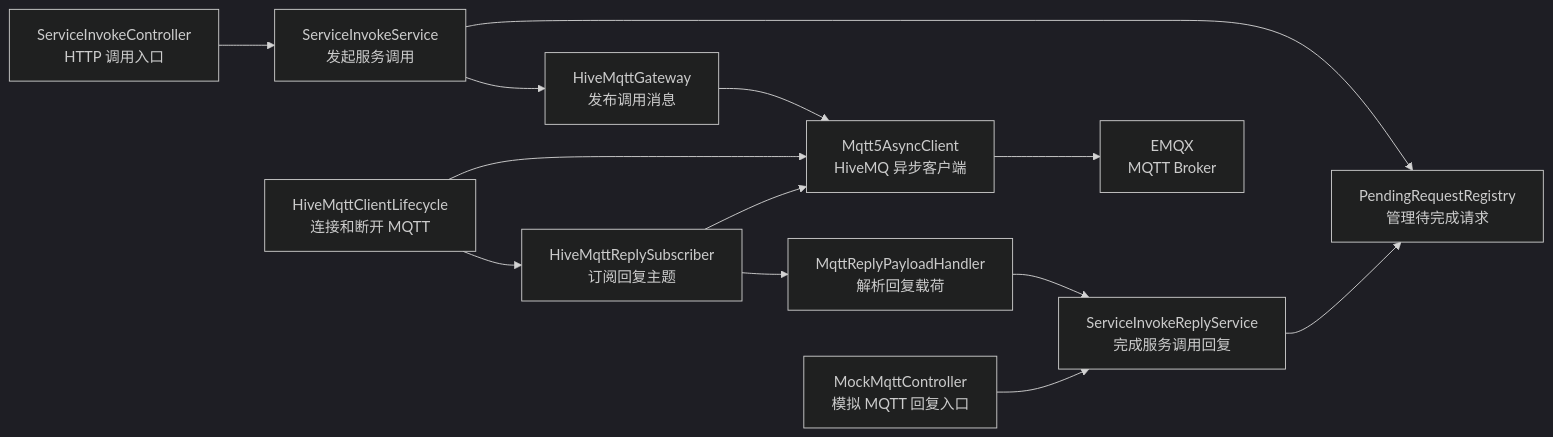
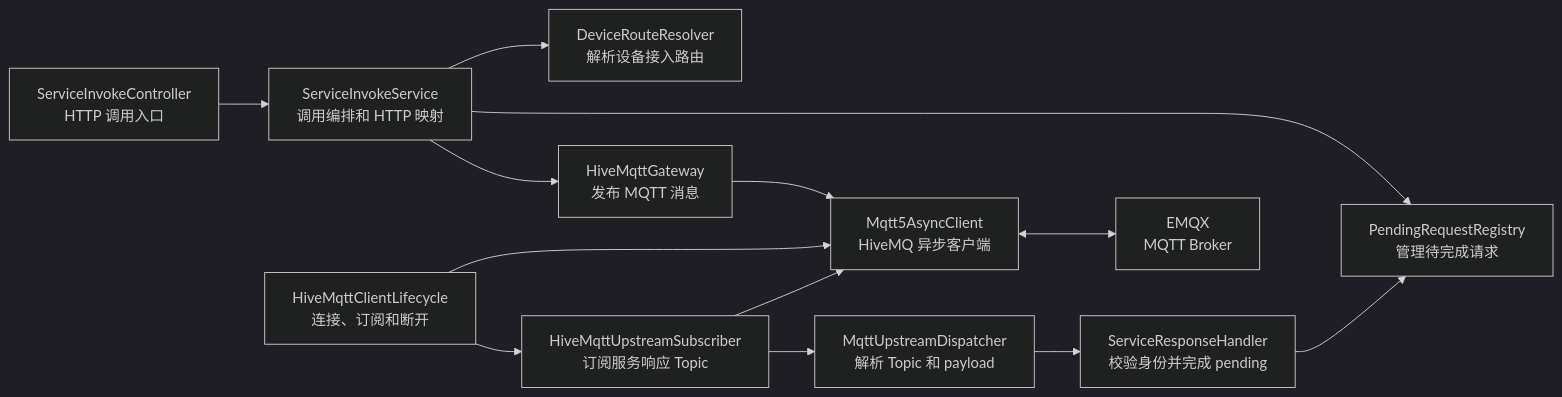
The first of 2 diagrams in project/iot/doc/服务调用-上报-类关系图.md (CodingSoldier/java-learn), drawn with Mermaid (dark theme) before and after one commit. The commit also changed other lines of this file and 44 other files, not shown here.

````diff
--- a/project/iot/doc/服务调用-上报-类关系图.md
+++ b/project/iot/doc/服务调用-上报-类关系图.md
@@ -7,30 +7,28 @@
 ```mermaid
 flowchart LR
     controller["ServiceInvokeController<br/>HTTP 调用入口"]
-    invokeService["ServiceInvokeService<br/>发起服务调用"]
+    invokeService["ServiceInvokeService<br/>调用编排和 HTTP 映射"]
+    routeResolver["DeviceRouteResolver<br/>解析设备接入路由"]
     registry["PendingRequestRegistry<br/>管理待完成请求"]
-    gateway["HiveMqttGateway<br/>发布调用消息"]
+    gateway["HiveMqttGateway<br/>发布 MQTT 消息"]
 
-    lifecycle["HiveMqttClientLifecycle<br/>连接和断开 MQTT"]
-    subscriber["HiveMqttReplySubscriber<br/>订阅回复主题"]
-    payloadHandler["MqttReplyPayloadHandler<br/>解析回复载荷"]
-    replyService["ServiceInvokeReplyService<br/>完成服务调用回复"]
-    mockController["MockMqttController<br/>模拟 MQTT 回复入口"]
-
+    lifecycle["HiveMqttClientLifecycle<br/>连接、订阅和断开"]
+    subscriber["HiveMqttUpstreamSubscriber<br/>订阅服务响应 Topic"]
+    dispatcher["MqttUpstreamDispatcher<br/>解析 Topic 和 payload"]
+    responseHandler["ServiceResponseHandler<br/>校验身份并完成 pending"]
     mqttClient["Mqtt5AsyncClient<br/>HiveMQ 异步客户端"]
     emqx["EMQX<br/>MQTT Broker"]
 
     controller --> invokeService
+    invokeService --> routeResolver
     invokeService --> registry
     invokeService --> gateway
     gateway --> mqttClient
-    mqttClient --> emqx
-
     lifecycle --> mqttClient
     lifecycle --> subscriber
     subscriber --> mqttClient
-    subscriber --> payloadHandler
-    payloadHandler --> replyService
-    replyService --> registry
-    mockController --> replyService
+    subscriber --> dispatcher
+    dispatcher --> responseHandler
+    responseHandler --> registry
+    mqttClient <--> emqx
 ```
````
